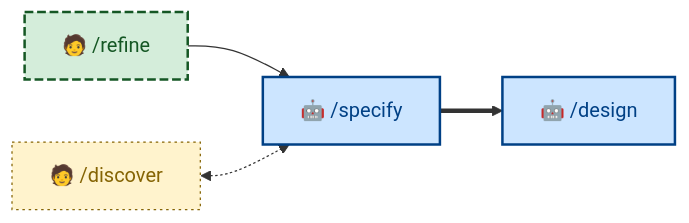
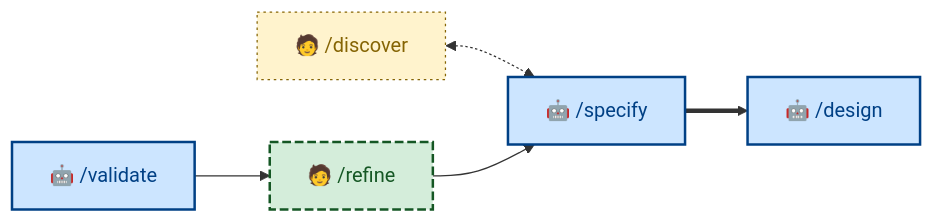
The diagram in skills/specify/README.md (kieranpotts/skills), drawn with Mermaid before and after one commit. The commit also changed other lines of this file and 2 other files, not shown here.

Commit message:
chore: rewrite /specify readme

````diff
--- a/skills/specify/README.md
+++ b/skills/specify/README.md
@@ -7,15 +9,17 @@
 ```mermaid
 flowchart LR
   discover["🧑 /discover"]:::tertiary
   specify["🤖 /specify"]:::primary
   design["🤖 /design"]:::primary
+  validate["🤖 /validate"]:::primary
   refine["🧑 /refine"]:::secondary
 
+  discover <-.-> specify
+  validate --> refine
   refine --> specify
-  discover <-.-> specify
   specify ==> design
 
   classDef primary fill:#cce5ff,stroke:#004085,color:#004085,stroke-width:2px
   classDef secondary fill:#d4edda,stroke:#155724,color:#155724,stroke-width:2px,stroke-dasharray:7 3
   classDef tertiary fill:#fff3cd,stroke:#856404,color:#856404,stroke-width:1px,stroke-dasharray:2 3
 ```
````
